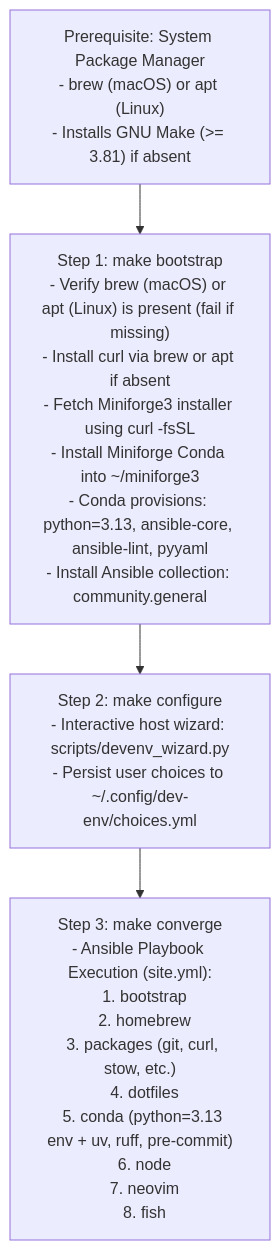
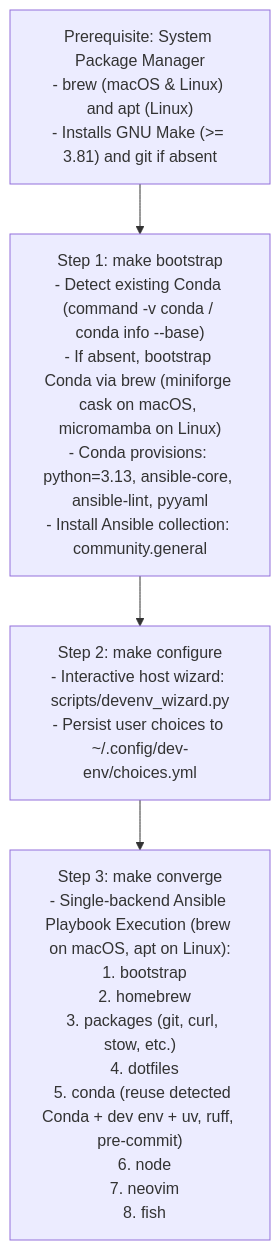
One commit to thomashan/dev-env changed the diagram in README.md. Above: the diagram before and after it, drawn with Mermaid. The commit also changed other lines of this file and 9 other files, not shown here.

````diff
--- a/README.md
+++ b/README.md
@@ -14,6 +59,6 @@
 ```mermaid
 flowchart TD
-    A["Prerequisite: System Package Manager<br/>- brew (macOS) or apt (Linux)<br/>- Installs GNU Make (>= 3.81) if absent"] --> B["Step 1: make bootstrap<br/>- Verify brew (macOS) or apt (Linux) is present (fail if missing)<br/>- Install curl via brew or apt if absent<br/>- Fetch Miniforge3 installer using curl -fsSL<br/>- Install Miniforge Conda into ~/miniforge3<br/>- Conda provisions: python=3.13, ansible-core, ansible-lint, pyyaml<br/>- Install Ansible collection: community.general"]
+    A["Prerequisite: System Package Manager<br/>- brew (macOS & Linux) and apt (Linux)<br/>- Installs GNU Make (>= 3.81) and git if absent"] --> B["Step 1: make bootstrap<br/>- Detect existing Conda (command -v conda / conda info --base)<br/>- If absent, bootstrap Conda via brew (miniforge cask on macOS, micromamba on Linux)<br/>- Conda provisions: python=3.13, ansible-core, ansible-lint, pyyaml<br/>- Install Ansible collection: community.general"]
     B --> C["Step 2: make configure<br/>- Interactive host wizard: scripts/devenv_wizard.py<br/>- Persist user choices to ~/.config/dev-env/choices.yml"]
-    C --> D["Step 3: make converge<br/>- Ansible Playbook Execution (site.yml):<br/>  1. bootstrap<br/>  2. homebrew<br/>  3. packages (git, curl, stow, etc.)<br/>  4. dotfiles<br/>  5. conda (python=3.13 env + uv, ruff, pre-commit)<br/>  6. node<br/>  7. neovim<br/>  8. fish"]
+    C --> D["Step 3: make converge<br/>- Single-backend Ansible Playbook Execution (brew on macOS, apt on Linux):<br/>  1. bootstrap<br/>  2. homebrew<br/>  3. packages (git, curl, stow, etc.)<br/>  4. dotfiles<br/>  5. conda (reuse detected Conda + dev env + uv, ruff, pre-commit)<br/>  6. node<br/>  7. neovim<br/>  8. fish"]
 ```
````
